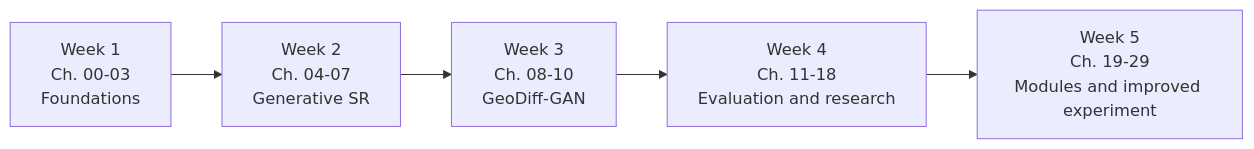
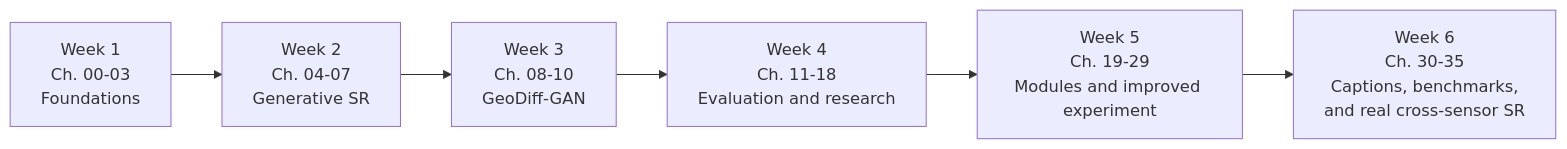
The first of 2 diagrams in learning/README.md (shashankjs2002/SI-SR-1), drawn with Mermaid before and after one commit. The commit also changed other lines of this file and 6 other files, not shown here.

Commit message:
docs(learning): explain real cross-sensor 3x SR evaluation

````diff
--- a/learning/README.md
+++ b/learning/README.md
@@ -61,8 +67,9 @@
 ```mermaid
 flowchart LR
     A["Week 1<br/>Ch. 00-03<br/>Foundations"] -->
     B["Week 2<br/>Ch. 04-07<br/>Generative SR"] -->
     C["Week 3<br/>Ch. 08-10<br/>GeoDiff-GAN"] -->
     D["Week 4<br/>Ch. 11-18<br/>Evaluation and research"] -->
-    E["Week 5<br/>Ch. 19-29<br/>Modules and improved experiment"]
+    E["Week 5<br/>Ch. 19-29<br/>Modules and improved experiment"] -->
+    F["Week 6<br/>Ch. 30-35<br/>Captions, benchmarks,<br/>and real cross-sensor SR"]
 ```
````
